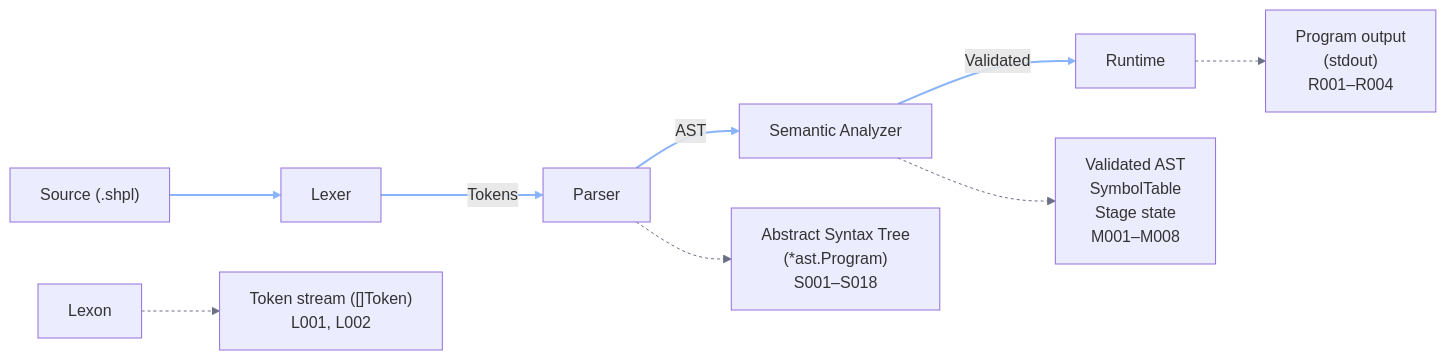
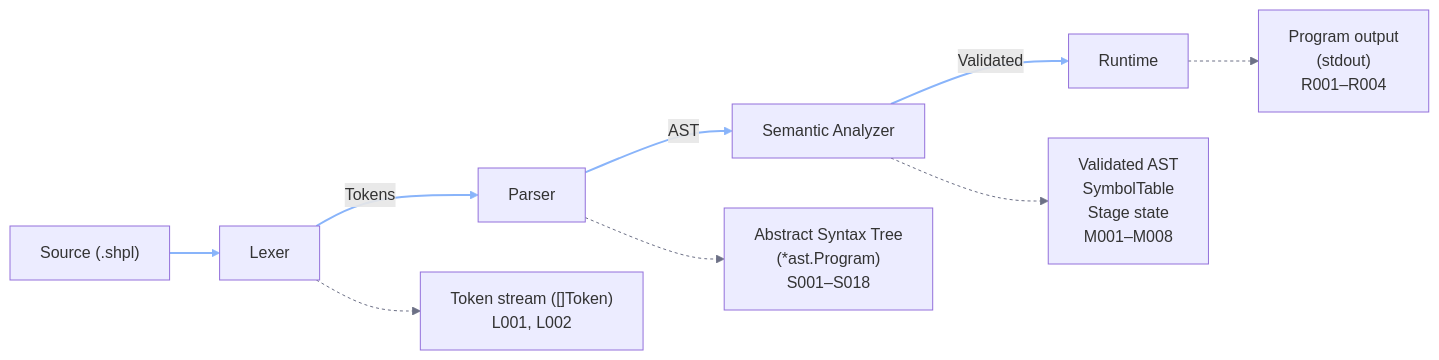
Before and after one commit to lorenzobandini/shakespeare-interpreter-go: the first of 2 diagrams in docs/architecture/overview.md, drawn with Mermaid.

Commit message:
docs: fix typo in Mermaid diagram (Lexon -> Lexer)

````diff
--- a/docs/architecture/overview.md
+++ b/docs/architecture/overview.md
@@ -5,32 +5,32 @@
 ```mermaid
 graph LR
   Source["Source (.shpl)"]
   Lexer
   Parser
   Semantic["Semantic Analyzer"]
   Runtime
   Tokens["Token stream ([]Token)
           L001, L002"]
   AST["Abstract Syntax Tree
        (*ast.Program)
        S001–S018"]
   Validated["Validated AST
              SymbolTable
              Stage state
              M001–M008"]
   Output["Program output
           (stdout)
           R001–R004"]
 
   Source --> Lexer
   Lexer -->|Tokens| Parser
   Parser -->|AST| Semantic
   Semantic -->|Validated| Runtime
-  Lexon -.-> Tokens
+  Lexer -.-> Tokens
   Parser -.-> AST
   Semantic -.-> Validated
   Runtime -.-> Output
 
   linkStyle 0,1,2,3 stroke:#89b4fa,stroke-width:2px
   linkStyle 4,5,6,7 stroke:#6c7086,stroke-width:1px,stroke-dasharray:3
 ```
````
